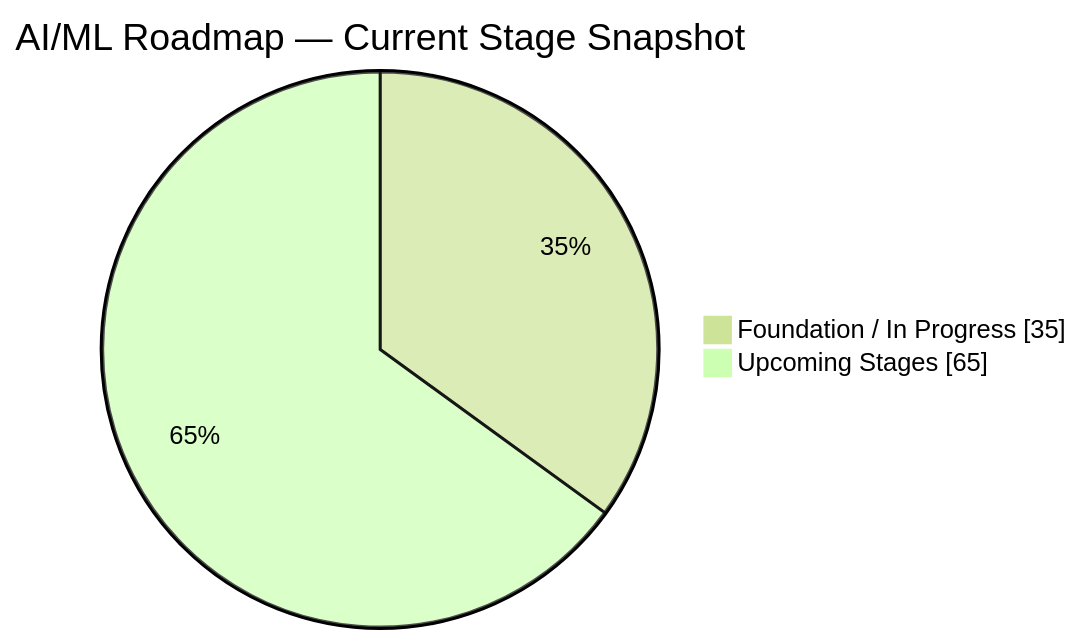
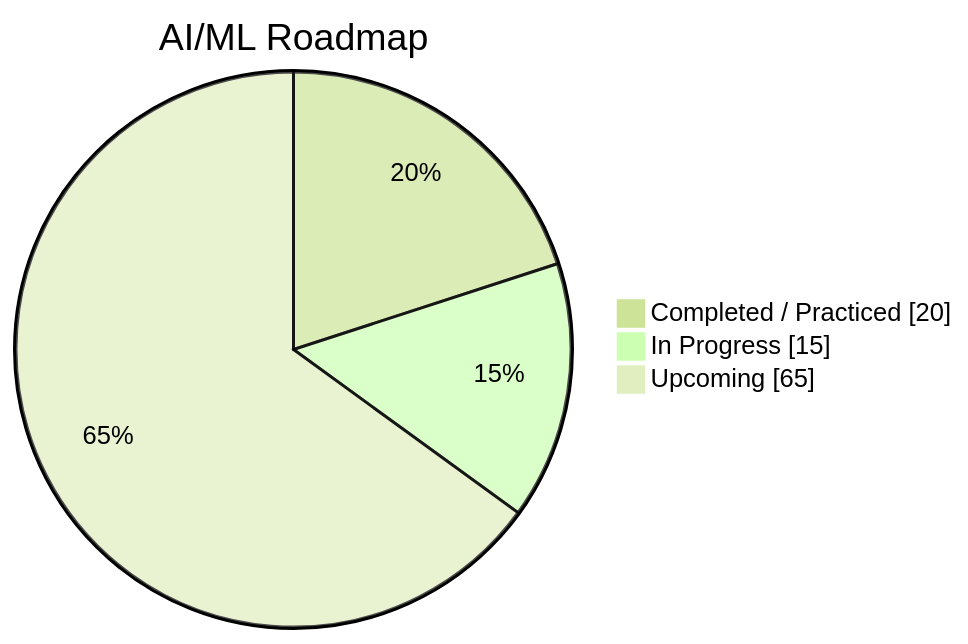
Before and after one commit to rohit-kumar-fullstack/rohit-kumar-fullstack: the first of 3 diagrams in README.md, drawn with Mermaid (forest theme). The commit also changed other lines of this file, not shown here.

````diff
--- a/README.md
+++ b/README.md
@@ -244,6 +258,7 @@
 ```mermaid
 pie showData
-    title AI/ML Roadmap — Current Stage Snapshot
-    "Foundation / In Progress" : 35
-    "Upcoming Stages" : 65
+    title AI/ML Roadmap
+    "Completed / Practiced" : 20
+    "In Progress" : 15
+    "Upcoming" : 65
 ```
````
